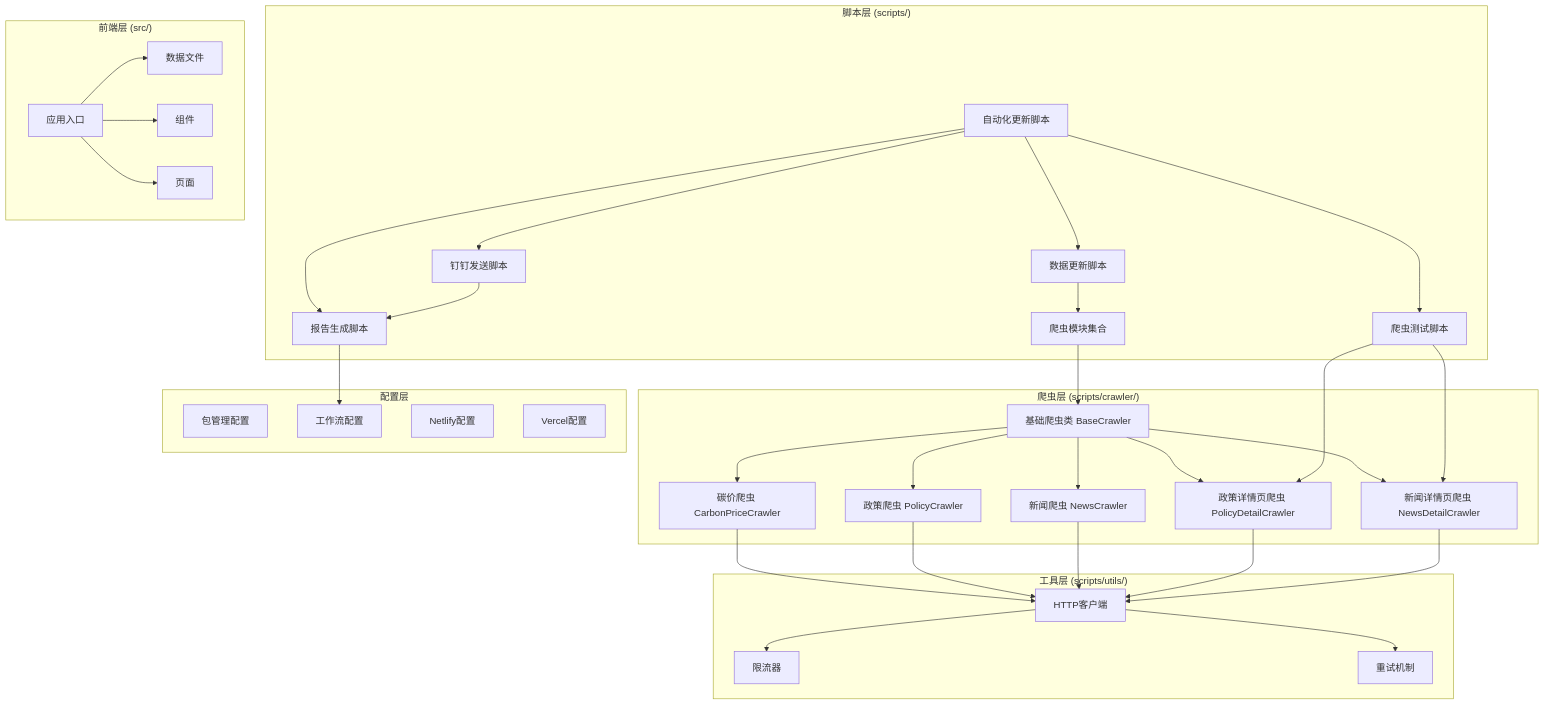
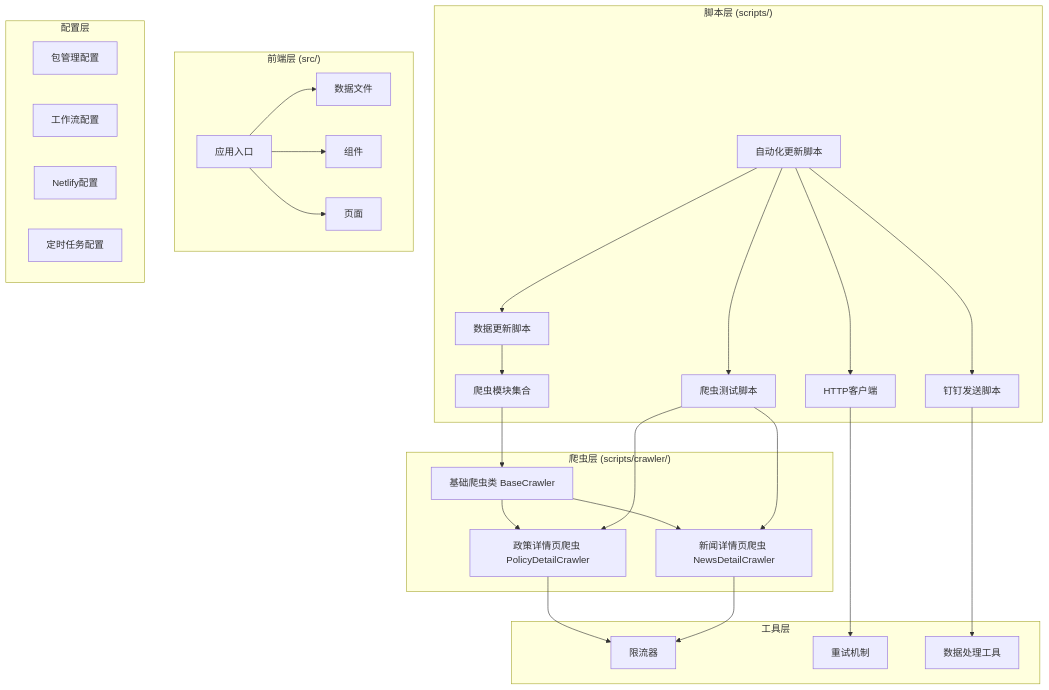
Before and after one commit to liangxuanliang-cmd/carbon-info-agent: the first of 16 diagrams in .qoder/repowiki/zh/content/部署与维护/自动化每日报告系统.md, drawn with Mermaid. The commit also changed other lines of this file and 21 other files, not shown here.

````diff
--- a/.qoder/repowiki/zh/content/部署与维护/自动化每日报告系统.md
+++ b/.qoder/repowiki/zh/content/部署与维护/自动化每日报告系统.md
@@ -71,61 +67,50 @@
 ```mermaid
 graph TB
 subgraph "脚本层 (scripts/)"
 A[自动化更新脚本]
 B[数据更新脚本]
 C[钉钉发送脚本]
 D[爬虫模块集合]
-E[报告生成脚本]
-F[爬虫测试脚本]
+E[爬虫测试脚本]
+F[HTTP客户端]
 end
 subgraph "爬虫层 (scripts/crawler/)"
 G[基础爬虫类 BaseCrawler]
-H[碳价爬虫 CarbonPriceCrawler]
-I[政策爬虫 PolicyCrawler]
-J[新闻爬虫 NewsCrawler]
-K[政策详情页爬虫 PolicyDetailCrawler]
-L[新闻详情页爬虫 NewsDetailCrawler]
+H[政策详情页爬虫 PolicyDetailCrawler]
+I[新闻详情页爬虫 NewsDetailCrawler]
 end
-subgraph "工具层 (scripts/utils/)"
-M[HTTP客户端]
-N[限流器]
-O[重试机制]
+subgraph "工具层"
+J[限流器]
+K[重试机制]
+L[数据处理工具]
 end
 subgraph "前端层 (src/)"
-P[应用入口]
-Q[数据文件]
-R[组件]
-S[页面]
+M[应用入口]
+N[数据文件]
+O[组件]
+P[页面]
 end
 subgraph "配置层"
-T[包管理配置]
-U[工作流配置]
-V[Netlify配置]
-W[Vercel配置]
+Q[包管理配置]
+R[工作流配置]
+S[Netlify配置]
+T[定时任务配置]
 end
 A --> B
 A --> C
 A --> E
 A --> F
 B --> D
 D --> G
 G --> H
 G --> I
-G --> J
-G --> K
-G --> L
-H --> M
-I --> M
-J --> M
-K --> M
-L --> M
+H --> J
+I --> J
+F --> K
+C --> L
+E --> H
+E --> I
 M --> N
 M --> O
-C --> E
-E --> U
-F --> K
-F --> L
-P --> Q
-P --> R
-P --> S
+M --> P
 ```
````
